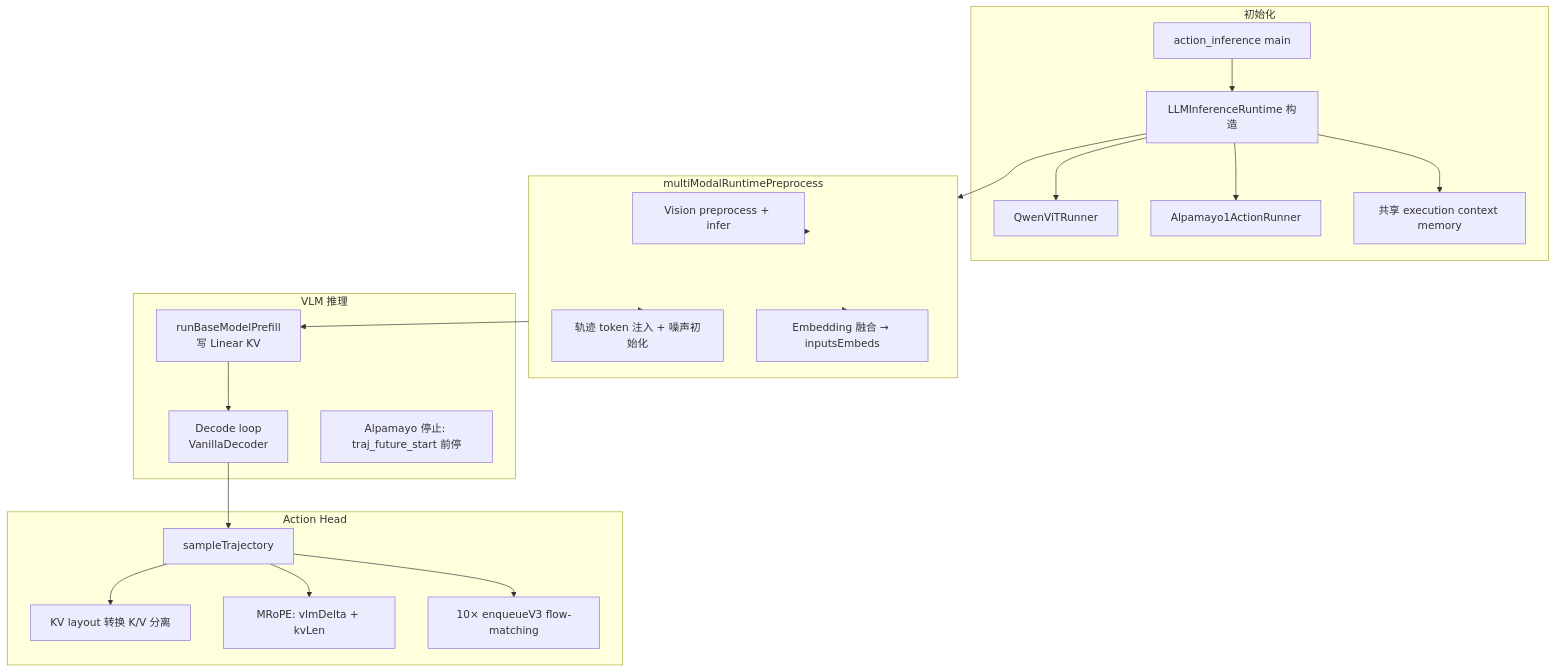
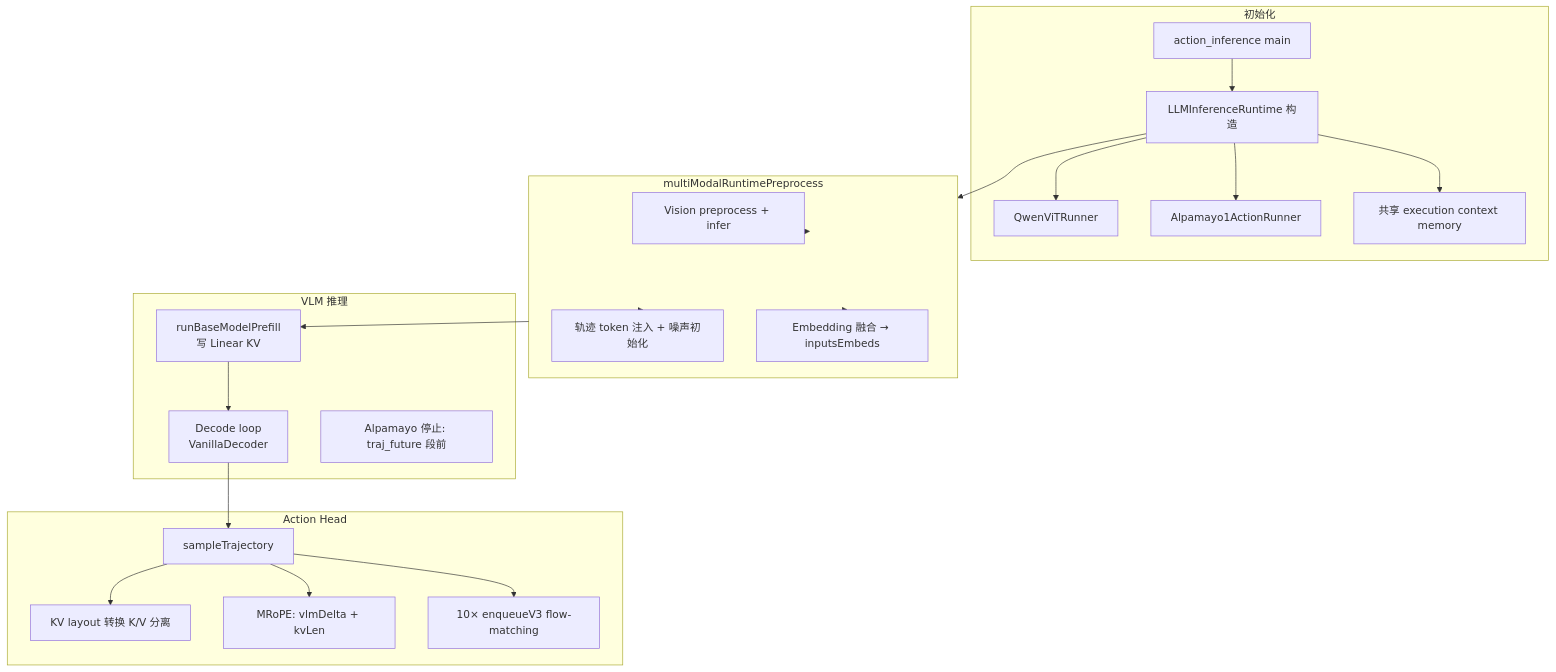
Before and after one commit to happyAnger66-an/Chameleon: the eighth of 9 diagrams in docs/research/trt-edge-llm.md, drawn with Mermaid. The commit also changed other lines of this file, not shown here.

````diff
--- a/docs/research/trt-edge-llm.md
+++ b/docs/research/trt-edge-llm.md
@@ -1122,34 +1122,34 @@
 ```mermaid
 flowchart TB
     subgraph init ["初始化"]
         A[action_inference main]
         B[LLMInferenceRuntime 构造]
         B1[QwenViTRunner]
         B2[Alpamayo1ActionRunner]
         B3[共享 execution context memory]
     end
 
     subgraph pre ["multiModalRuntimePreprocess"]
         C1[Vision preprocess + infer]
         C2[轨迹 token 注入 + 噪声初始化]
         C3[Embedding 融合 → inputsEmbeds]
     end
 
     subgraph llm ["VLM 推理"]
         D[runBaseModelPrefill<br/>写 Linear KV]
         E[Decode loop<br/>VanillaDecoder]
-        E1[Alpamayo 停止: traj_future_start 前停]
+        E1[Alpamayo 停止: traj_future 段前]
     end
 
     subgraph act ["Action Head"]
         F[sampleTrajectory]
         F1[KV layout 转换 K/V 分离]
         F2[MRoPE: vlmDelta + kvLen]
         F3[10× enqueueV3 flow-matching]
     end
 
     A --> B --> pre --> D --> E --> F
     B --> B1 & B2 & B3
     pre --> C1 & C2 & C3
     F --> F1 & F2 & F3
 ```
````
